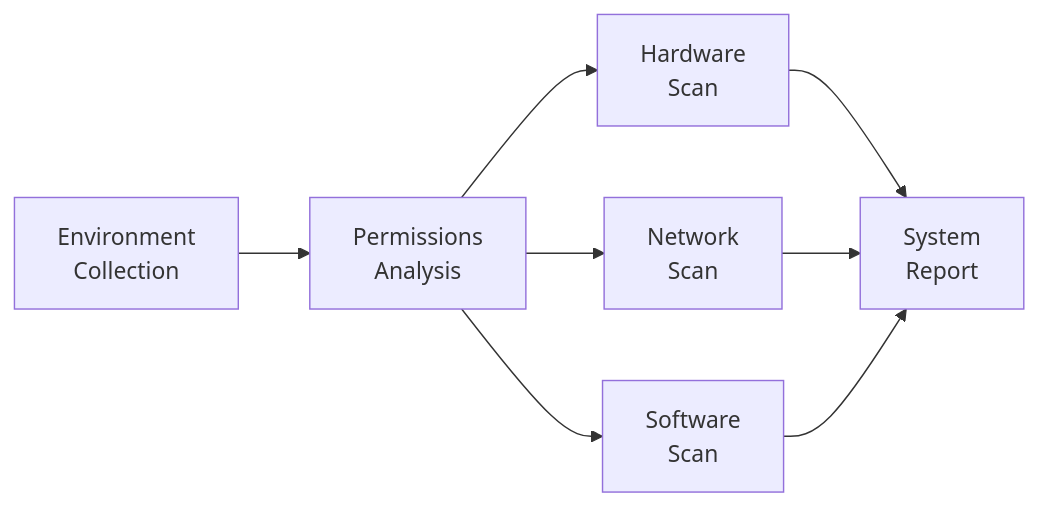
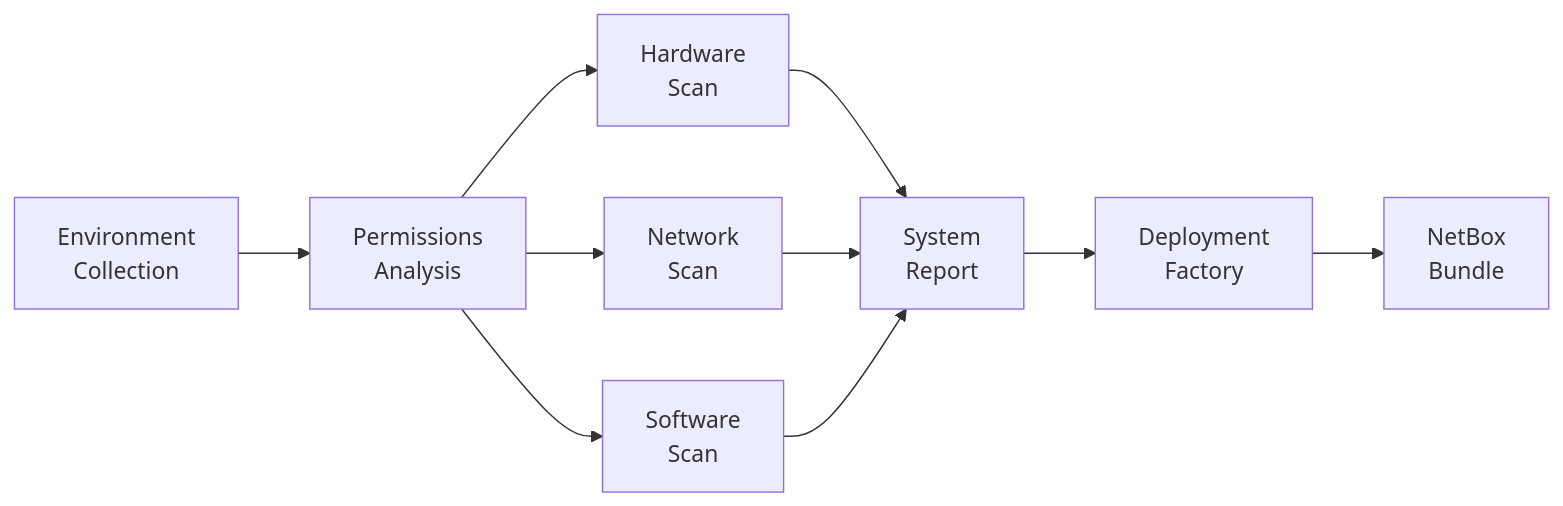
The diagram in docs/index.md (nullroute-commits/ultimate_info_gather), drawn with Mermaid before and after one commit. The commit also changed other lines of this file and 6 other files, not shown here.

First line of the commit message:
Align all docs with netbox_deployment_factory codebase

````diff
--- a/docs/index.md
+++ b/docs/index.md
@@ -72,10 +78,12 @@
 ```mermaid
 graph LR
     A[Environment<br/>Collection] --> B[Permissions<br/>Analysis]
     B --> C[Hardware<br/>Scan]
     B --> F[Network<br/>Scan]
     B --> D[Software<br/>Scan]
     C --> E[System<br/>Report]
     F --> E
     D --> E
+    E --> G[Deployment<br/>Factory]
+    G --> H[NetBox<br/>Bundle]
 ```
````
